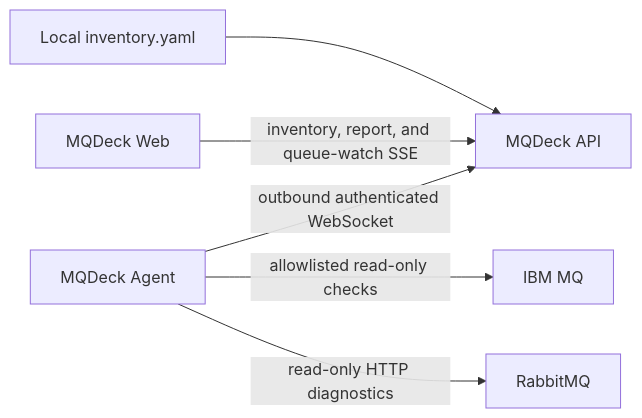
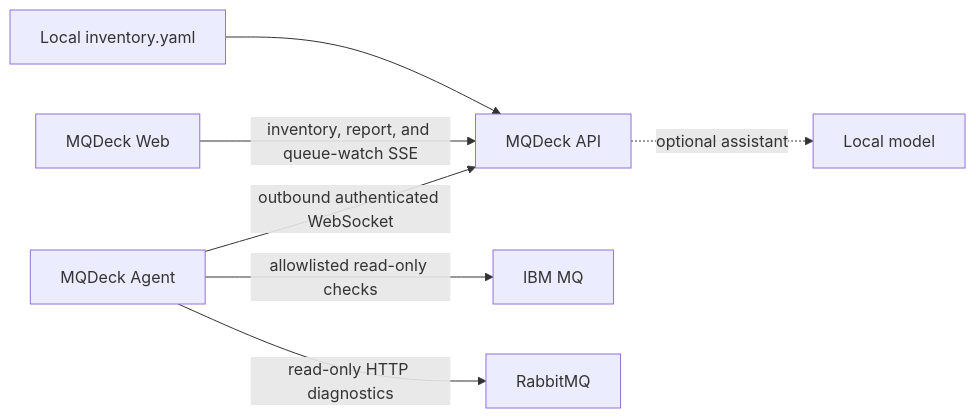
One commit to mqdeck/mqdeck changed the diagram in README.md. Above: the diagram before and after it, drawn with Mermaid. The commit also changed other lines of this file and 19 other files, not shown here.

````diff
--- a/README.md
+++ b/README.md
@@ -14,8 +14,9 @@
 ```mermaid
 flowchart LR
     YAML["Local inventory.yaml"] --> API["MQDeck API"]
     WEB["MQDeck Web"] -->|"inventory, report, and queue-watch SSE"| API
     AGENT["MQDeck Agent"] -->|"outbound authenticated WebSocket"| API
     AGENT -->|"allowlisted read-only checks"| IBM["IBM MQ"]
     AGENT -->|"read-only HTTP diagnostics"| RMQ["RabbitMQ"]
+    API -.->|"optional assistant"| MODEL["Local model"]
 ```
````
